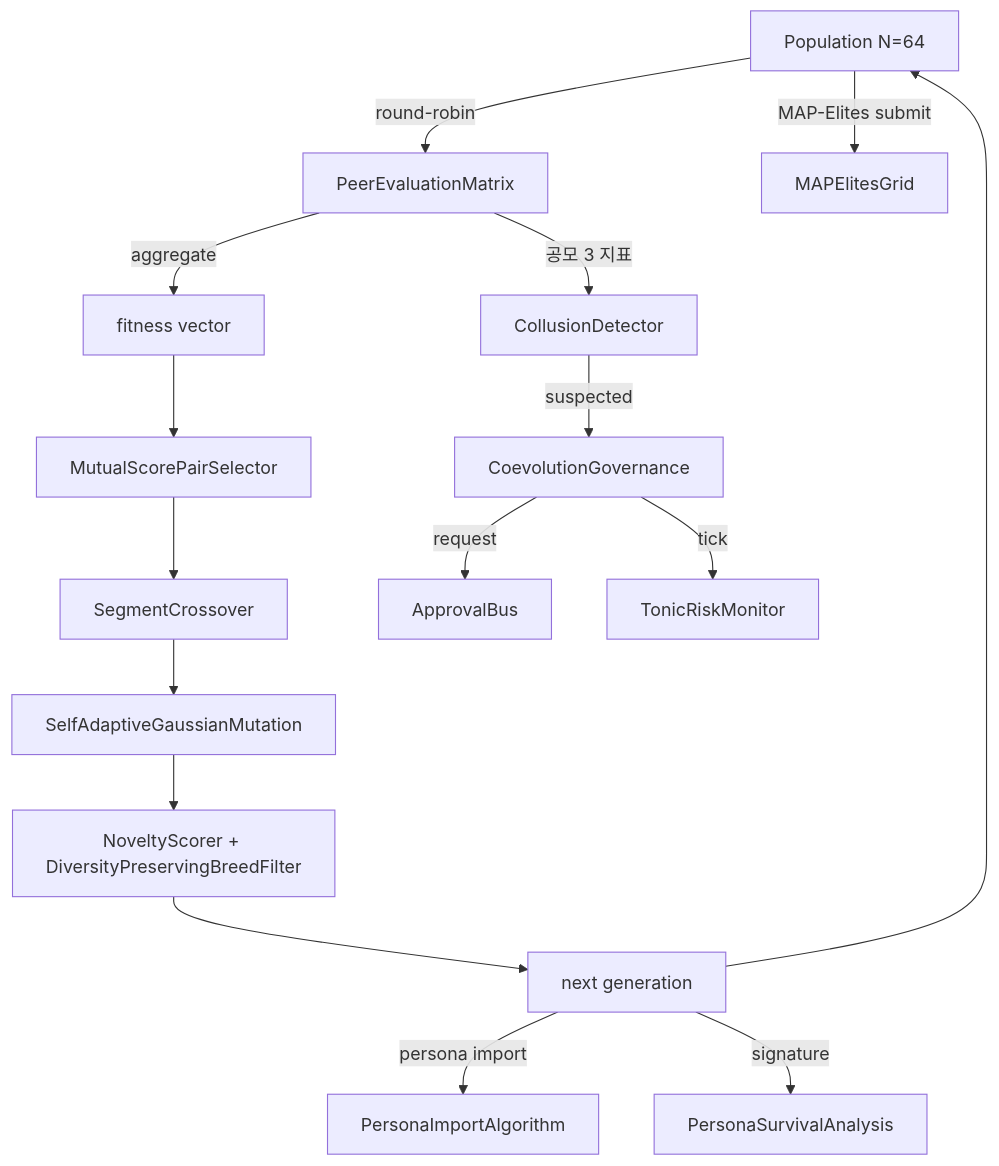
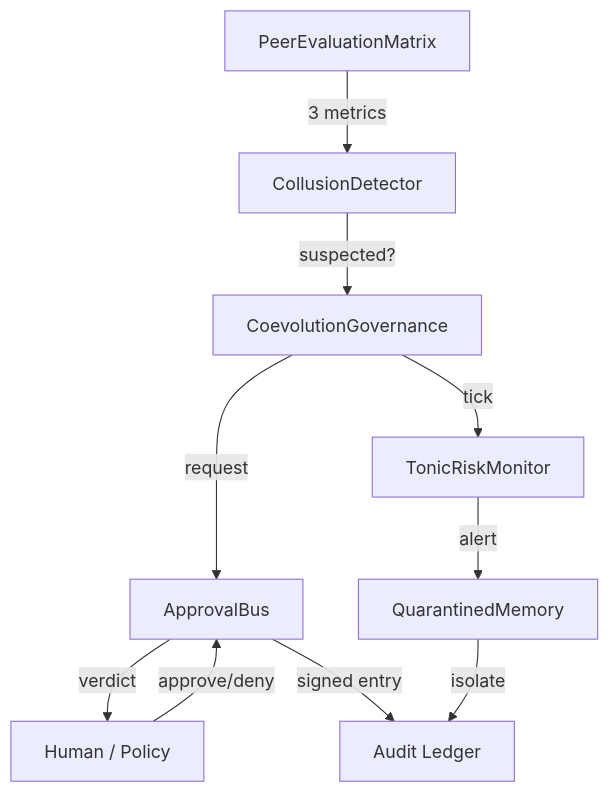
Diagram 16 of 16 in tools/qiita-cli-poc/public/07b686ea311e06027f94.md (furuse-kazufumi/fullsense), drawn with Mermaid before and after one commit. The commit also changed other lines of this file and 51 other files, not shown here.

````diff
--- a/tools/qiita-cli-poc/public/07b686ea311e06027f94.md
+++ b/tools/qiita-cli-poc/public/07b686ea311e06027f94.md
@@ -1343,19 +2102,21 @@
 ```mermaid
 flowchart TD
-    pop[Population N=64]
-    pop -->|round-robin| peer[PeerEvaluationMatrix]
-    peer -->|aggregate| fit[fitness vector]
-    fit --> mating[MutualScorePairSelector]
-    mating --> cross[SegmentCrossover]
-    cross --> mut[SelfAdaptiveGaussianMutation]
-    mut --> nov[NoveltyScorer + DiversityPreservingBreedFilter]
-    nov --> next[next generation]
-    next --> pop
-    peer -->|공모 3 지표| det[CollusionDetector]
-    det -->|suspected| gov[CoevolutionGovernance]
-    gov -->|request| ab[ApprovalBus]
-    gov -->|tick| tr[TonicRiskMonitor]
-    next -->|persona import| import[PersonaImportAlgorithm]
-    pop -->|MAP-Elites submit| grid[MAPElitesGrid]
-    next -->|signature| surv[PersonaSurvivalAnalysis]
+    peer[PeerEvaluationMatrix]
+    cd[CollusionDetector]
+    cg[CoevolutionGovernance]
+    ab[ApprovalBus]
+    tr[TonicRiskMonitor]
+    qm[QuarantinedMemory]
+    led[Audit Ledger]
+    human[Human / Policy]
+
+    peer -->|3 metrics| cd
+    cd -->|suspected?| cg
+    cg -->|request| ab
+    cg -->|tick| tr
+    ab -->|verdict| human
+    human -->|approve/deny| ab
+    ab -->|signed entry| led
+    tr -->|alert| qm
+    qm -->|isolate| led
 ```
````
